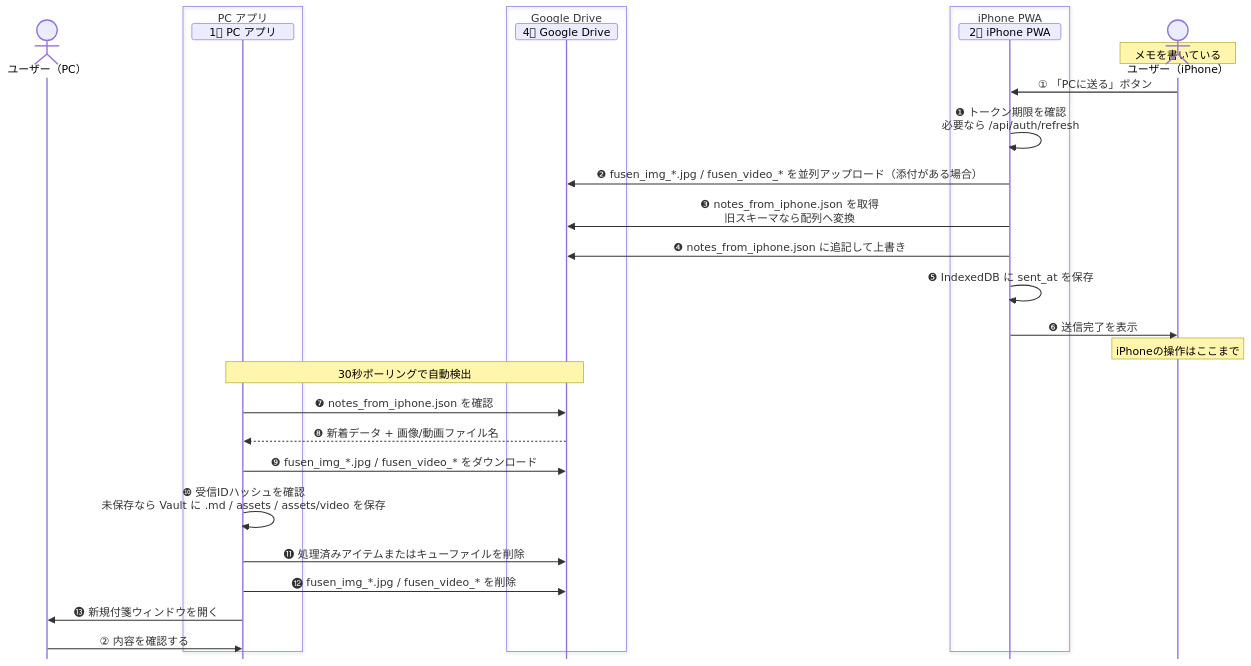
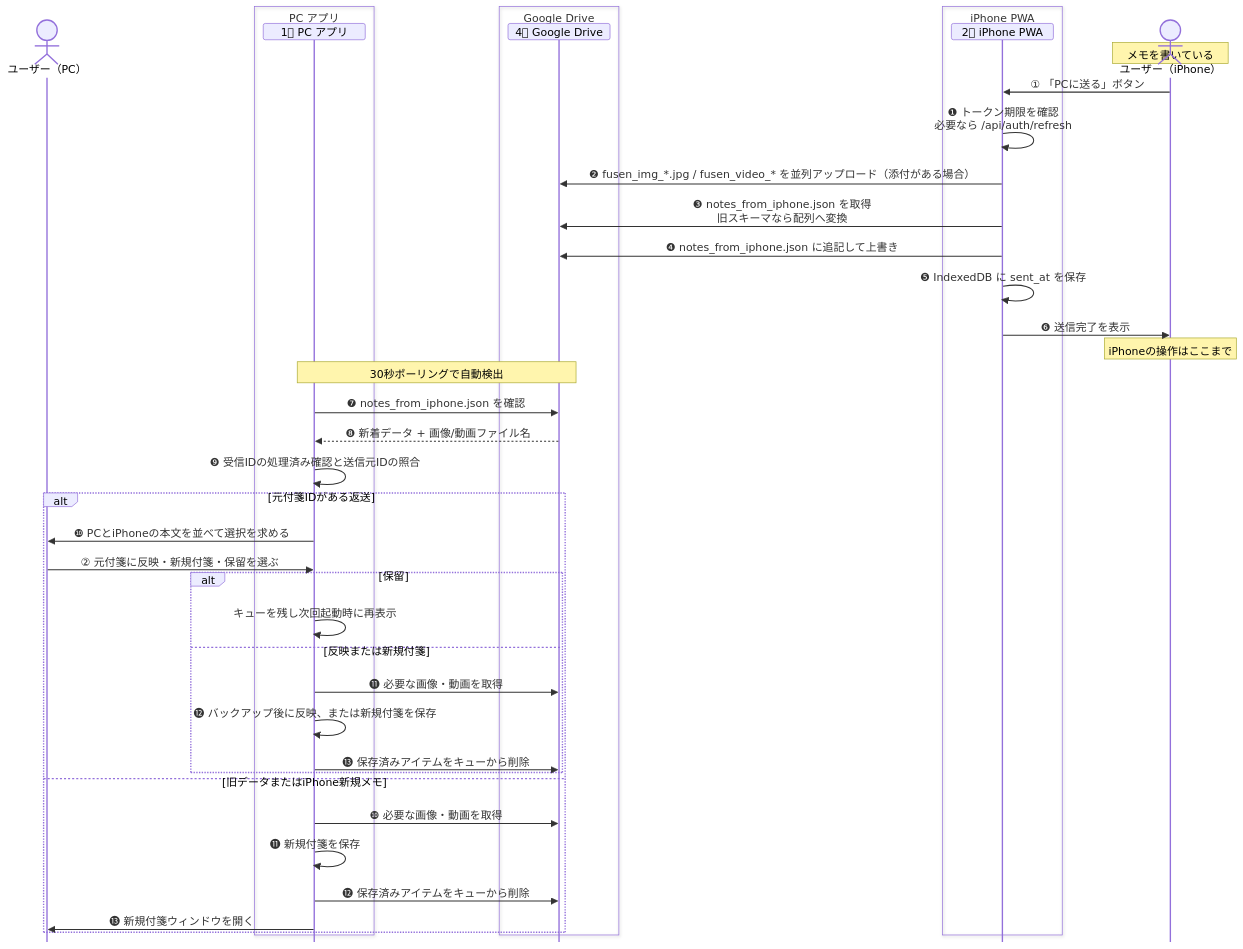
The seventh of 9 diagrams in docs-v2/003_IPHONE.md (ore-no-fusen/ore-no-fusen), drawn with Mermaid before and after one commit. The commit also changed other lines of this file and 13 other files, not shown here.

Commit message:
Add safe iPhone roundtrip return flow

````diff
--- a/docs-v2/003_IPHONE.md
+++ b/docs-v2/003_IPHONE.md
@@ -1032,35 +1042,46 @@
 ```mermaid
 %%{init: {'sequence': {'messageMargin': 8, 'mirrorActors': false, 'height': 24, 'boxMargin': 4, 'noteMargin': 6}}}%%
 sequenceDiagram
     actor UserPC as ユーザー（PC）
     box PC アプリ
         participant PC as 1⃣ PC アプリ
     end
     box Google Drive
         participant Drive as 4⃣ Google Drive
     end
     box iPhone PWA
         participant PWA as 2⃣ iPhone PWA
     end
     actor UserPhone as ユーザー（iPhone）
 
     Note over UserPhone: メモを書いている
     UserPhone->>PWA: ① 「PCに送る」ボタン
     PWA->>PWA: ❶ トークン期限を確認<br>必要なら /api/auth/refresh
     PWA->>Drive: ❷ fusen_img_*.jpg / fusen_video_* を並列アップロード（添付がある場合）
     PWA->>Drive: ❸ notes_from_iphone.json を取得<br>旧スキーマなら配列へ変換
     PWA->>Drive: ❹ notes_from_iphone.json に追記して上書き
     PWA->>PWA: ❺ IndexedDB に sent_at を保存
     PWA->>UserPhone: ❻ 送信完了を表示
     Note over UserPhone: iPhoneの操作はここまで
 
     Note over Drive,PC: 30秒ポーリングで自動検出
     PC->>Drive: ❼ notes_from_iphone.json を確認
     Drive-->>PC: ❽ 新着データ + 画像/動画ファイル名
-    PC->>Drive: ❾ fusen_img_*.jpg / fusen_video_* をダウンロード
-    PC->>PC: ❿ 受信IDハッシュを確認<br>未保存なら Vault に .md / assets / assets/video を保存
-    PC->>Drive: ⓫ 処理済みアイテムまたはキューファイルを削除
-    PC->>Drive: ⓬ fusen_img_*.jpg / fusen_video_* を削除
-    PC->>UserPC: ⓭ 新規付箋ウィンドウを開く
-    UserPC->>PC: ② 内容を確認する
+    PC->>PC: ❾ 受信IDの処理済み確認と送信元IDの照合
+    alt 元付箋IDがある返送
+        PC->>UserPC: ❿ PCとiPhoneの本文を並べて選択を求める
+        UserPC->>PC: ② 元付箋に反映・新規付箋・保留を選ぶ
+        alt 保留
+            PC->>PC: キューを残し次回起動時に再表示
+        else 反映または新規付箋
+            PC->>Drive: ⓫ 必要な画像・動画を取得
+            PC->>PC: ⓬ バックアップ後に反映、または新規付箋を保存
+            PC->>Drive: ⓭ 保存済みアイテムをキューから削除
+        end
+    else 旧データまたはiPhone新規メモ
+        PC->>Drive: ❿ 必要な画像・動画を取得
+        PC->>PC: ⓫ 新規付箋を保存
+        PC->>Drive: ⓬ 保存済みアイテムをキューから削除
+        PC->>UserPC: ⓭ 新規付箋ウィンドウを開く
+    end
 ```
````
